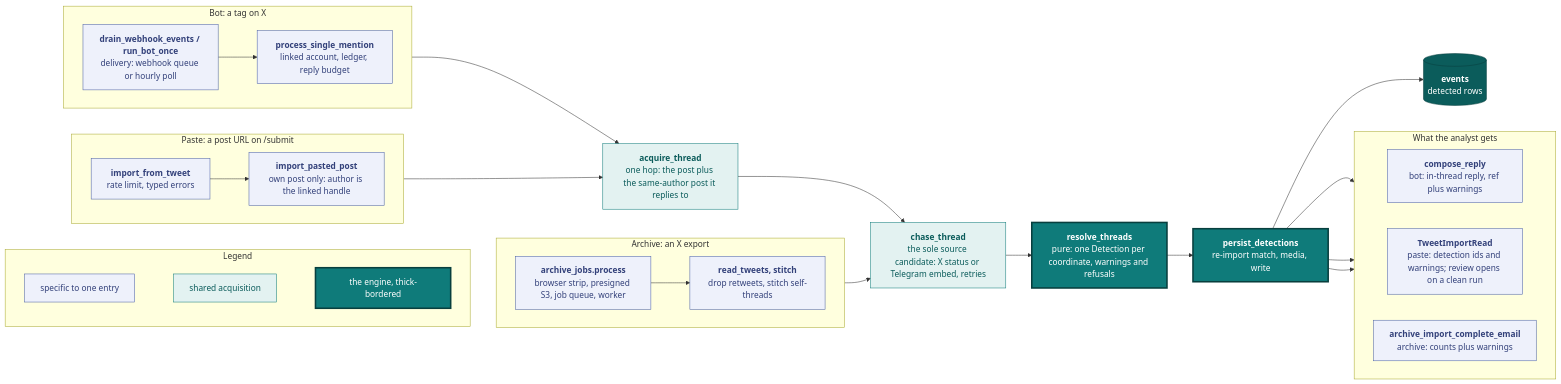
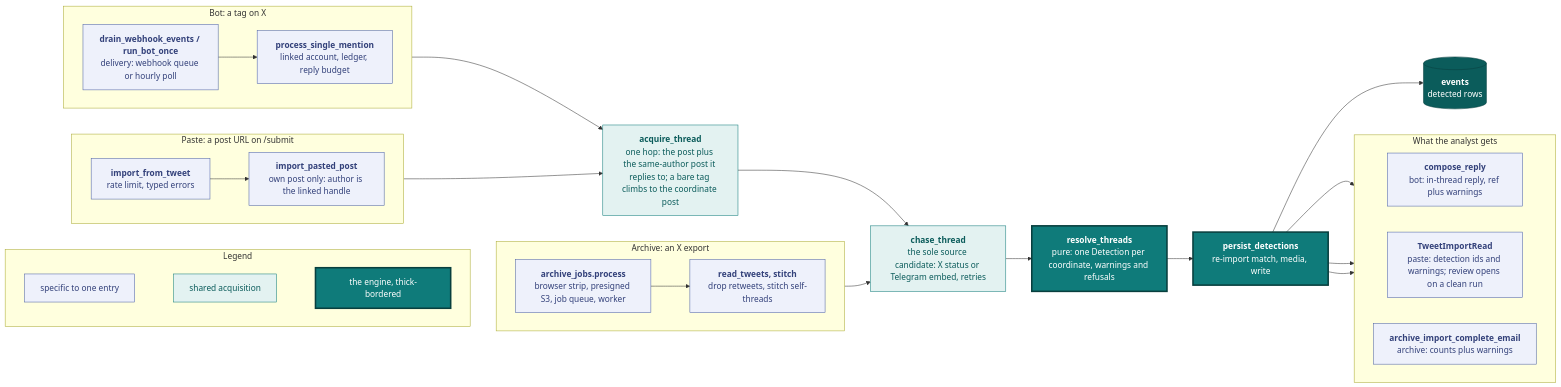
The first of 6 diagrams in docs/ingestion.md (vidithq/vidit), drawn with Mermaid before and after one commit. The commit also changed other lines of this file and 14 other files, not shown here.

First line of the commit message:
fix(bot): a bare tag re-anchors on the coordinate post above it (#303)

````diff
--- a/docs/ingestion.md
+++ b/docs/ingestion.md
@@ -5,63 +5,63 @@
 ```mermaid
 flowchart LR
   classDef spec fill:#eef1fb,stroke:#4a5fa5,color:#33417a
   classDef shared fill:#e3f2f1,stroke:#0f7b7a,color:#0b5c5b
   classDef core fill:#0f7b7a,stroke:#083f3e,stroke-width:3px,color:#ffffff
   classDef store fill:#0b5c5b,stroke:#083f3e,color:#ffffff
 
   subgraph legend [Legend]
     direction LR
     l1["`specific to one entry`"]:::spec
     l2["`shared acquisition`"]:::shared
     l3["`the engine, thick-bordered`"]:::core
     l1 ~~~ l2 ~~~ l3
   end
 
   subgraph paste [Paste: a post URL on /submit]
     direction LR
     p1["`**import_from_tweet**
     rate limit, typed errors`"]:::spec --> p2["`**import_pasted_post**
     own post only: author is the linked handle`"]:::spec
   end
   subgraph bot [Bot: a tag on X]
     direction LR
     b1["`**drain_webhook_events / run_bot_once**
     delivery: webhook queue or hourly poll`"]:::spec --> b2["`**process_single_mention**
     linked account, ledger, reply budget`"]:::spec
   end
   subgraph archive [Archive: an X export]
     direction LR
     a1["`**archive_jobs.process**
     browser strip, presigned S3, job queue, worker`"]:::spec --> a2["`**read_tweets, stitch**
     drop retweets, stitch self-threads`"]:::spec
   end
 
   hop["`**acquire_thread**
-  one hop: the post plus the same-author post it replies to`"]:::shared
+  one hop: the post plus the same-author post it replies to; a bare tag climbs to the coordinate post`"]:::shared
   chase["`**chase_thread**
   the sole source candidate: X status or Telegram embed, retries`"]:::shared
   resolve["`**resolve_threads**
   pure: one Detection per coordinate, warnings and refusals`"]:::core
   persist["`**persist_detections**
   re-import match, media, write`"]:::core
   rows[("`**events**
   detected rows`")]:::store
 
   subgraph feedback [What the analyst gets]
     direction LR
     f1["`**compose_reply**
     bot: in-thread reply, ref plus warnings`"]:::spec
     f2["`**TweetImportRead**
     paste: detection ids and warnings; review opens on a clean run`"]:::spec
     f3["`**archive_import_complete_email**
     archive: counts plus warnings`"]:::spec
   end
 
   p2 --> hop
   b2 --> hop
   a2 --> chase
   hop --> chase --> resolve --> persist --> rows
   persist --> f1
   persist --> f2
   persist --> f3
 ```
````
